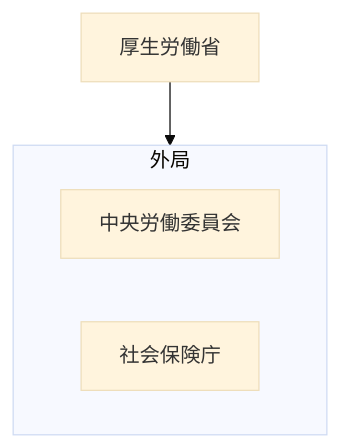
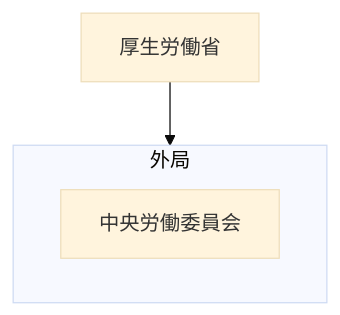
One commit to tatemaru/jp-admin-org-chart changed the diagram in 行政機構/厚生労働省/README.md. Above: the diagram before and after it, drawn with Mermaid (base theme). The commit also changed 1 other file, not shown here.

Commit message:
feat(社会保険庁): 社会保険庁を廃止
根拠: 日本年金機構法等
施行: 2010-01-01
出典: https://ja.wikipedia.org/wiki/外局

種別: 廃止

````diff
--- a/行政機構/厚生労働省/README.md
+++ b/行政機構/厚生労働省/README.md
@@ -5,9 +5,8 @@
 ```mermaid
 flowchart TB
   root["厚生労働省"]
   subgraph g0["外局"]
     n0_0["中央労働委員会"]
-    n0_1["社会保険庁"]
   end
   root --> g0
 ```
````
